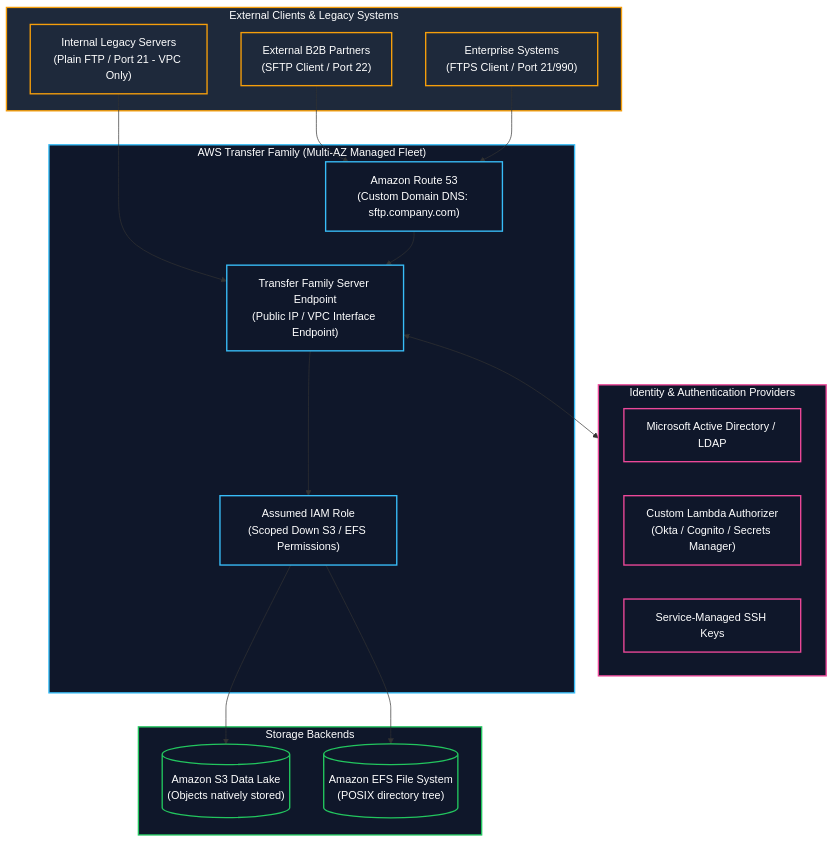
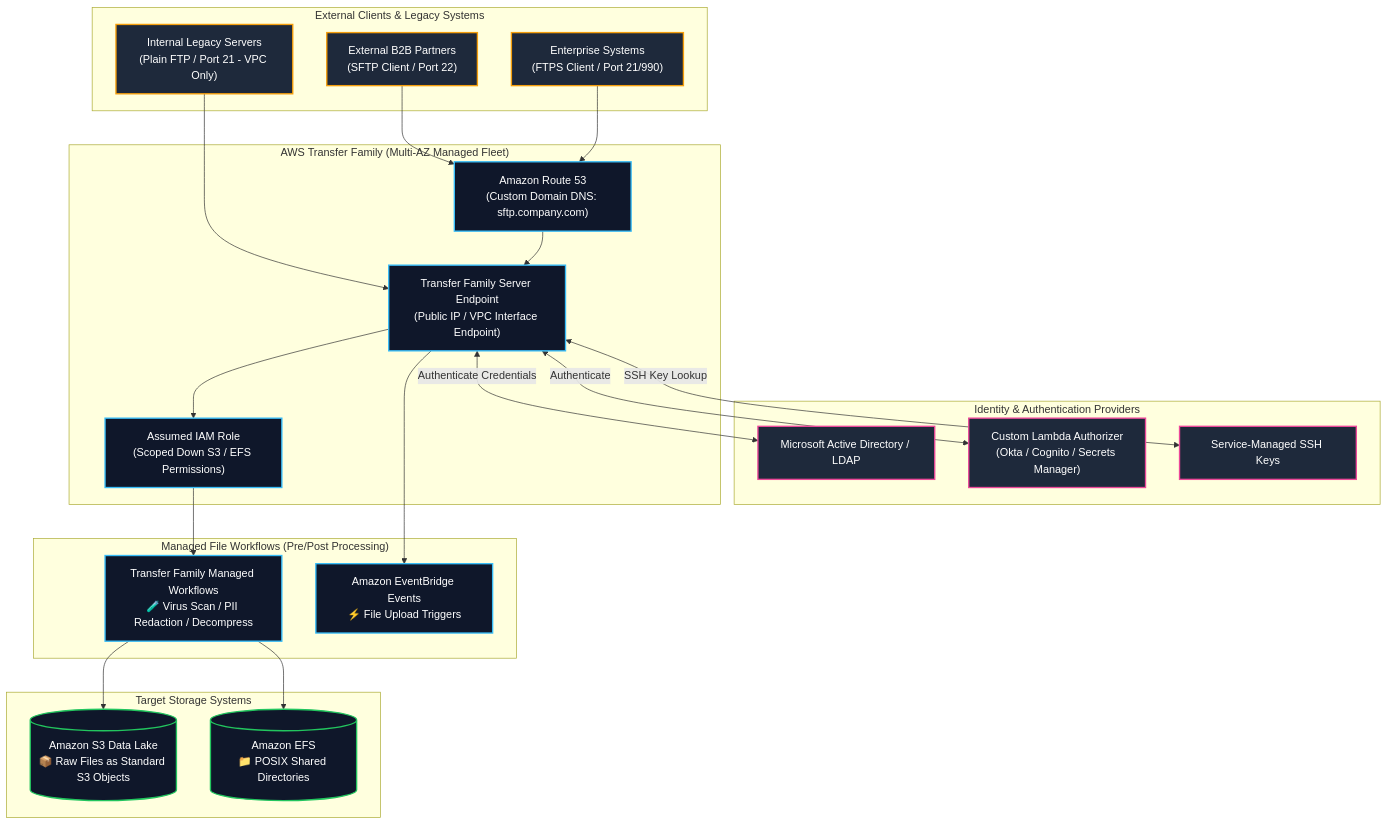
Before and after one commit to Wathon/aws-dea-c01-note: the first of 5 diagrams in content/mm/02-services/migration/transfer-family.md, drawn with Mermaid. The commit also changed other lines of this file and 41 other files, not shown here.

````diff
--- a/content/mm/02-services/migration/transfer-family.md
+++ b/content/mm/02-services/migration/transfer-family.md
@@ -32,46 +43,55 @@
 ```mermaid
 graph TB
     subgraph ExternalClients["External Clients & Legacy Systems"]
         SFTPClient["External B2B Partners<br/>(SFTP Client / Port 22)"]
         FTPSClient["Enterprise Systems<br/>(FTPS Client / Port 21/990)"]
         InternalFTP["Internal Legacy Servers<br/>(Plain FTP / Port 21 - VPC Only)"]
     end
 
     subgraph AuthLayer["Identity & Authentication Providers"]
         AD["Microsoft Active Directory / LDAP"]
         CustomAuth["Custom Lambda Authorizer<br/>(Okta / Cognito / Secrets Manager)"]
         ServiceUsers["Service-Managed SSH Keys"]
     end
 
     subgraph TransferCluster["AWS Transfer Family (Multi-AZ Managed Fleet)"]
         Route53["Amazon Route 53<br/>(Custom Domain DNS: sftp.company.com)"]
         TransferEndpoint["Transfer Family Server Endpoint<br/>(Public IP / VPC Interface Endpoint)"]
         IAMRole["Assumed IAM Role<br/>(Scoped Down S3 / EFS Permissions)"]
     end
 
-    subgraph StorageTargets["Storage Backends"]
-        S3Bucket[("Amazon S3 Data Lake<br/>(Objects natively stored)")]
-        EFSFS[("Amazon EFS File System<br/>(POSIX directory tree)")]
+    subgraph ProcessingLayer["Managed File Workflows (Pre/Post Processing)"]
+        StepFlow["Transfer Family Managed Workflows<br/>🧪 Virus Scan / PII Redaction / Decompress"]
+        Events["Amazon EventBridge Events<br/>⚡ File Upload Triggers"]
+    end
+
+    subgraph AWSStorage["Target Storage Systems"]
+        S3Bucket[("Amazon S3 Data Lake<br/>📦 Raw Files as Standard S3 Objects")]
+        EFSFileSystem[("Amazon EFS<br/>📁 POSIX Shared Directories")]
     end
 
     SFTPClient --> Route53
     FTPSClient --> Route53
     InternalFTP --> TransferEndpoint
+    Route53 --> TransferEndpoint
 
-    Route53 --> TransferEndpoint
-    TransferEndpoint <--> AuthLayer
+    TransferEndpoint <-->|"Authenticate Credentials"| AD
+    TransferEndpoint <-->|"Authenticate"| CustomAuth
+    TransferEndpoint <-->|"SSH Key Lookup"| ServiceUsers
+
     TransferEndpoint --> IAMRole
+    IAMRole --> StepFlow
+    StepFlow --> S3Bucket
+    StepFlow --> EFSFileSystem
+    TransferEndpoint --> Events
 
-    IAMRole --> S3Bucket
-    IAMRole --> EFSFS
-
-    classDef ext fill:#1e293b,stroke:#f59e0b,stroke-width:2px,color:#fff;
-    classDef auth fill:#0f172a,stroke:#ec4899,stroke-width:2px,color:#fff;
+    classDef client fill:#1e293b,stroke:#f59e0b,stroke-width:2px,color:#fff;
+    classDef auth fill:#1e293b,stroke:#ec4899,stroke-width:2px,color:#fff;
     classDef tf fill:#0f172a,stroke:#38bdf8,stroke-width:2px,color:#fff;
     classDef store fill:#0f172a,stroke:#22c55e,stroke-width:2px,color:#fff;
 
-    class ExternalClients,SFTPClient,FTPSClient,InternalFTP ext;
-    class AuthLayer,AD,CustomAuth,ServiceUsers auth;
-    class TransferCluster,Route53,TransferEndpoint,IAMRole tf;
-    class StorageTargets,S3Bucket,EFSFS store;
+    class SFTPClient,FTPSClient,InternalFTP client;
+    class AD,CustomAuth,ServiceUsers auth;
+    class Route53,TransferEndpoint,IAMRole,StepFlow,Events tf;
+    class S3Bucket,EFSFileSystem store;
 ```
````
